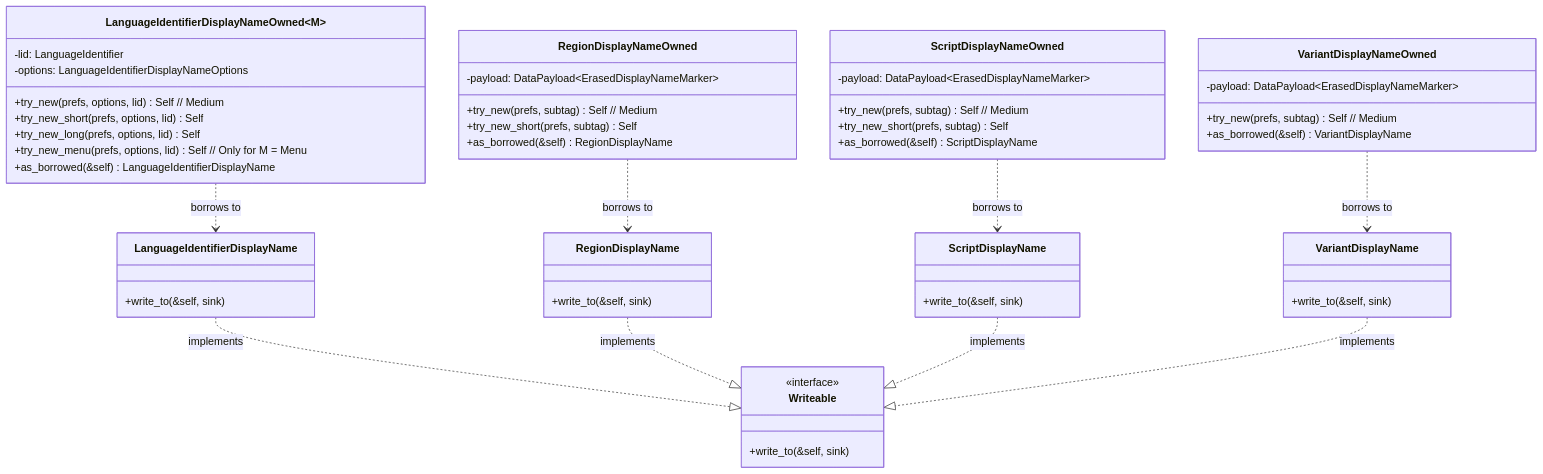
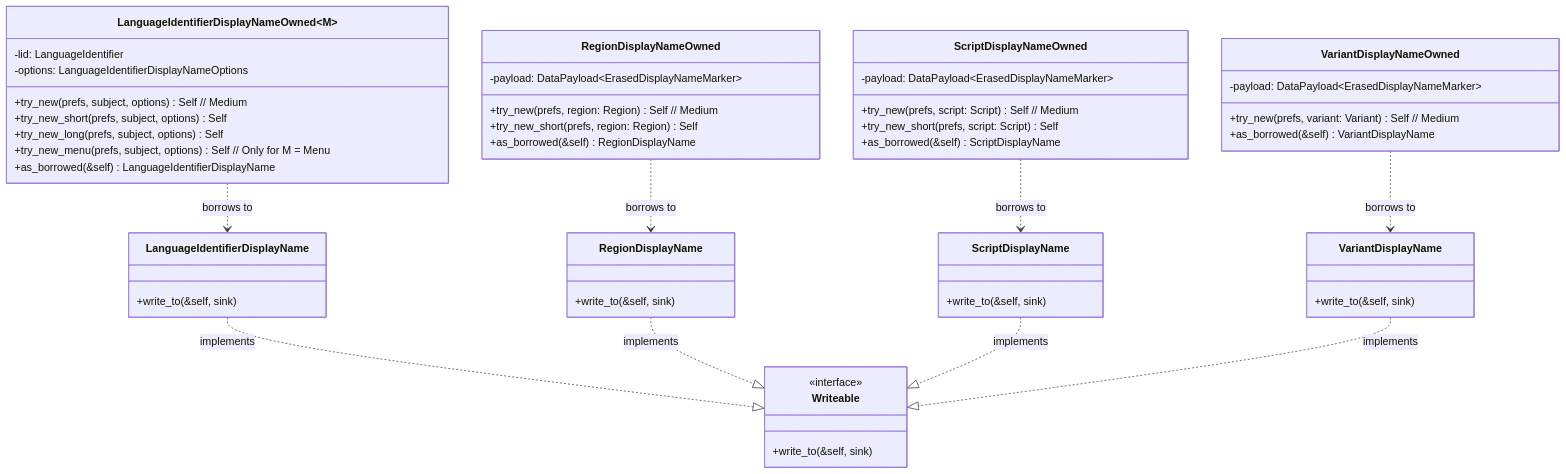
One commit to unicode-org/icu4x changed the diagram in components/experimental/src/displaynames/single/README.md. Above: the diagram before and after it, drawn with Mermaid. The commit also changed other lines of this file, not shown here.

````diff
--- a/components/experimental/src/displaynames/single/README.md
+++ b/components/experimental/src/displaynames/single/README.md
@@ -13,57 +13,57 @@
 ```mermaid
 classDiagram
     class Writeable {
         <<interface>>
         +write_to(&self, sink)
     }
 
     class LanguageIdentifierDisplayNameOwned~M~ {
         -lid: LanguageIdentifier
         -options: LanguageIdentifierDisplayNameOptions
-        +try_new(prefs, options, lid) Self  // Medium
-        +try_new_short(prefs, options, lid) Self
-        +try_new_long(prefs, options, lid) Self
-        +try_new_menu(prefs, options, lid) Self // Only for M = Menu
+        +try_new(prefs, subject, options) Self  // Medium
+        +try_new_short(prefs, subject, options) Self
+        +try_new_long(prefs, subject, options) Self
+        +try_new_menu(prefs, subject, options) Self // Only for M = Menu
         +as_borrowed(&self) LanguageIdentifierDisplayName
     }
     class LanguageIdentifierDisplayName {
         +write_to(&self, sink)
     }
     LanguageIdentifierDisplayNameOwned ..> LanguageIdentifierDisplayName : borrows to
     LanguageIdentifierDisplayName ..|> Writeable : implements
 
     class RegionDisplayNameOwned {
         -payload: DataPayload~ErasedDisplayNameMarker~
-        +try_new(prefs, subtag) Self // Medium
-        +try_new_short(prefs, subtag) Self
+        +try_new(prefs, region: Region) Self // Medium
+        +try_new_short(prefs, region: Region) Self
         +as_borrowed(&self) RegionDisplayName
     }
     class RegionDisplayName {
         +write_to(&self, sink)
     }
     RegionDisplayNameOwned ..> RegionDisplayName : borrows to
     RegionDisplayName ..|> Writeable : implements
 
     class ScriptDisplayNameOwned {
         -payload: DataPayload~ErasedDisplayNameMarker~
-        +try_new(prefs, subtag) Self // Medium
-        +try_new_short(prefs, subtag) Self
+        +try_new(prefs, script: Script) Self // Medium
+        +try_new_short(prefs, script: Script) Self
         +as_borrowed(&self) ScriptDisplayName
     }
     class ScriptDisplayName {
         +write_to(&self, sink)
     }
     ScriptDisplayNameOwned ..> ScriptDisplayName : borrows to
     ScriptDisplayName ..|> Writeable : implements
 
     class VariantDisplayNameOwned {
         -payload: DataPayload~ErasedDisplayNameMarker~
-        +try_new(prefs, subtag) Self // Medium
+        +try_new(prefs, variant: Variant) Self // Medium
         +as_borrowed(&self) VariantDisplayName
     }
     class VariantDisplayName {
         +write_to(&self, sink)
     }
     VariantDisplayNameOwned ..> VariantDisplayName : borrows to
     VariantDisplayName ..|> Writeable : implements
 ```
````
